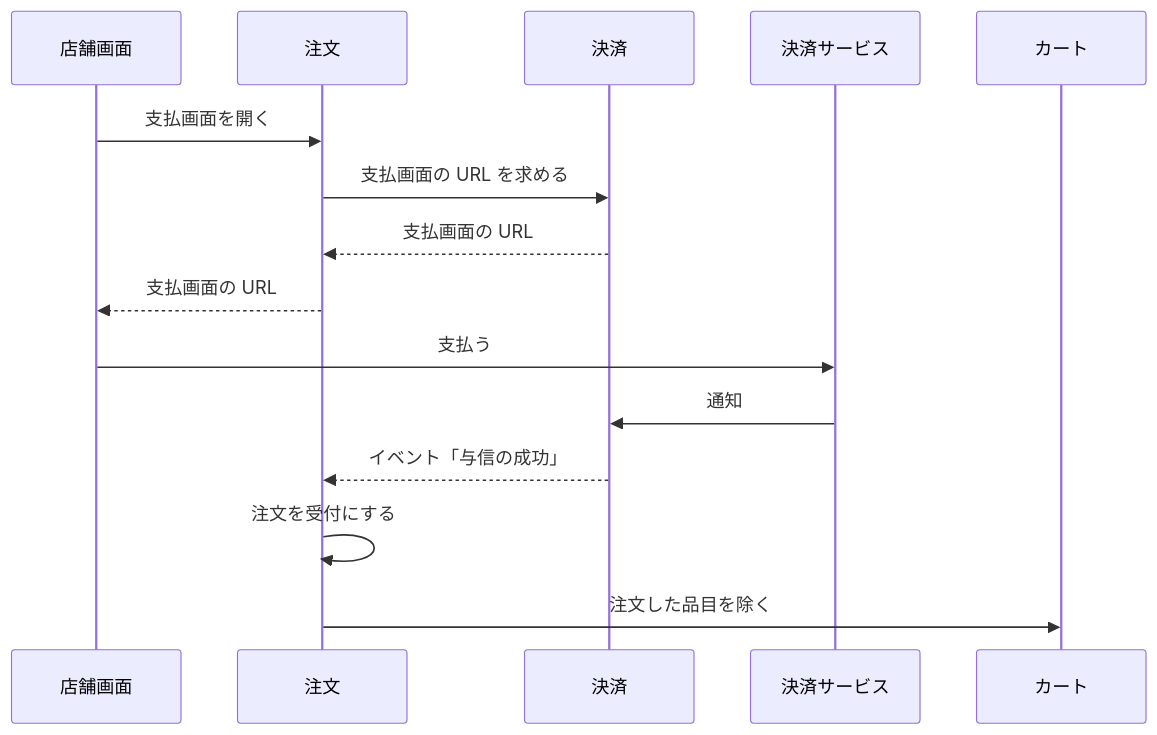
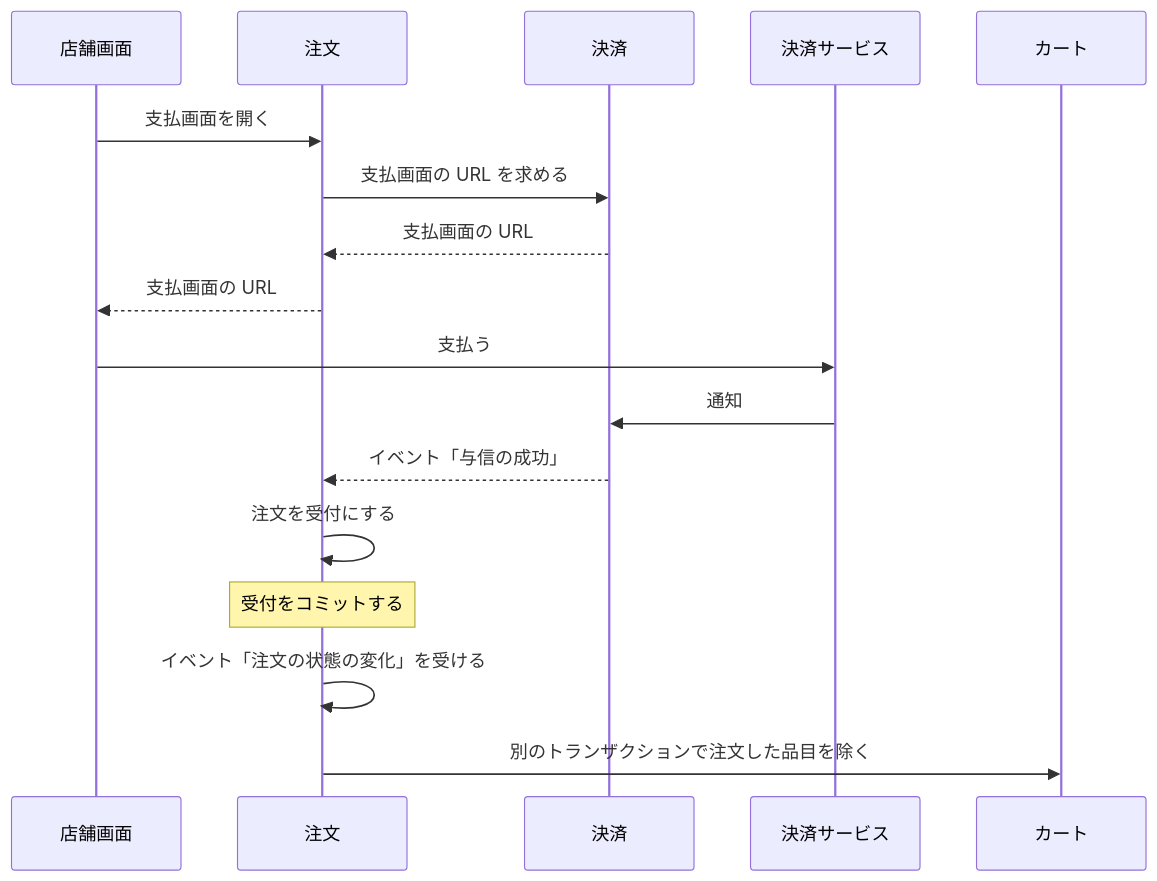
The third of 4 diagrams in docs/02-設計/order.md (roger88106/ec-site), drawn with Mermaid before and after one commit. The commit also changed other lines of this file and 4 other files, not shown here.

````diff
--- a/docs/02-設計/order.md
+++ b/docs/02-設計/order.md
@@ -111,17 +111,19 @@
 ```mermaid
 sequenceDiagram
     participant U as 店舗画面
     participant O as 注文
     participant P as 決済
     participant G as 決済サービス
     participant C as カート
     U->>O: 支払画面を開く
     O->>P: 支払画面の URL を求める
     P-->>O: 支払画面の URL
     O-->>U: 支払画面の URL
     U->>G: 支払う
     G->>P: 通知
     P-->>O: イベント「与信の成功」
     O->>O: 注文を受付にする
-    O->>C: 注文した品目を除く
+    Note over O: 受付をコミットする
+    O->>O: イベント「注文の状態の変化」を受ける
+    O->>C: 別のトランザクションで注文した品目を除く
 ```
````
